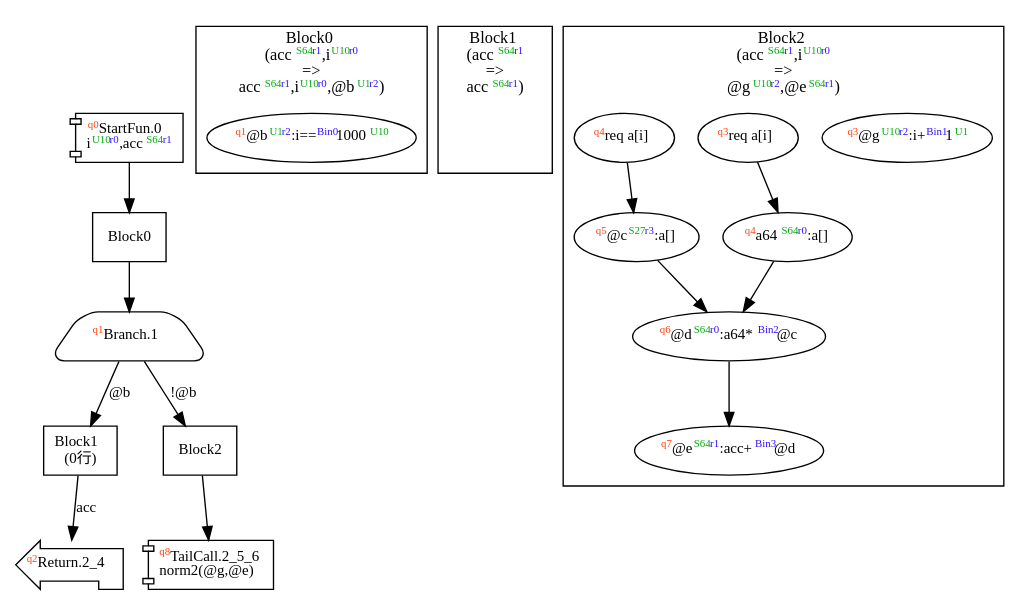
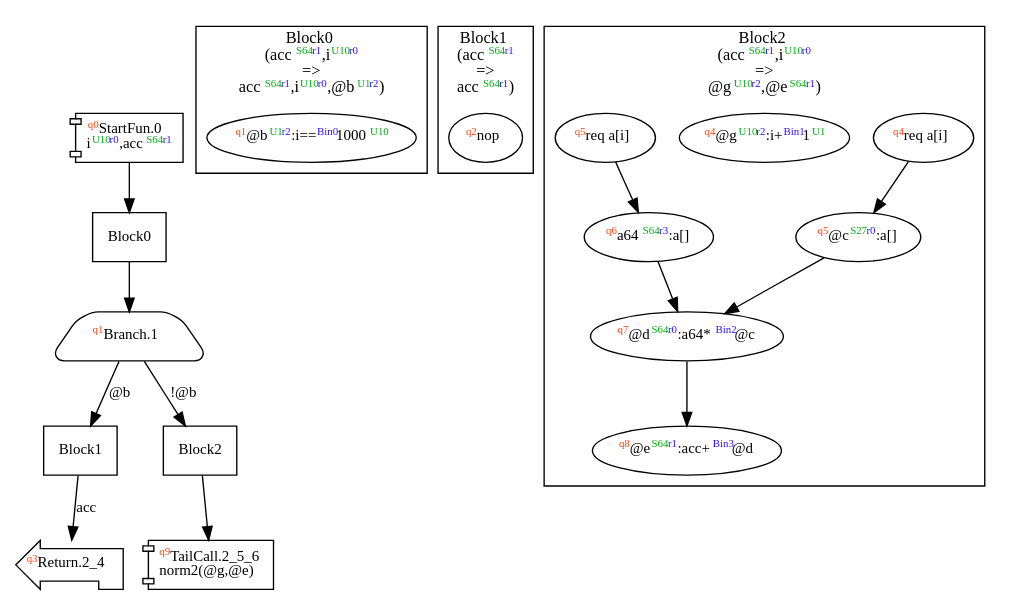
Before and after one commit to akouryy/SyntheScala: the diagram in dist/norm2.dot, drawn with Graphviz. The commit also changed 21 other files, not shown here.

```diff
--- a/dist/norm2.dot
+++ b/dist/norm2.dot
@@ -1,47 +1,47 @@
 digraph Program_ {
   graph [fontname = "Monaco", fontsize = 12, ranksep = 0.5];
   node [shape = box, fontname = "Monaco", fontsize = 11; colorscheme = pastel19];
   edge [fontname = "Monaco", fontsize = 11; colorscheme = pastel19];
   Jump0[label = <<font color="#ff4411" point-size="8"><sup>q0</sup></font>StartFun.0<br/>i<font color="#00aa11" point-size="8"><sup>U10</sup></font><font color="#3311ff" point-size="8"><sup>r0</sup></font>,acc<font color="#00aa11" point-size="8"><sup>S64</sup></font><font color="#3311ff" point-size="8"><sup>r1</sup></font>>; shape = component];
   Jump0 -> Block0;
   Jump1[
     label = <<font color="#ff4411" point-size="8"><sup>q1</sup></font>Branch.1>;
     shape = trapezium; style = rounded;
   ];
   Block0 -> Jump1;
   Jump1 -> Block1 [label=<@b>];
   Jump1 -> Block2 [label=<!@b>];
-  Jump2_4[label = <<font color="#ff4411" point-size="8"><sup>q2</sup></font>Return.2_4>; shape = lpromoter];
+  Jump2_4[label = <<font color="#ff4411" point-size="8"><sup>q3</sup></font>Return.2_4>; shape = lpromoter];
   Block1 -> Jump2_4 [label=<acc>];
-  Jump2_5_6[label = <<font color="#ff4411" point-size="8"><sup>q8</sup></font>TailCall.2_5_6<br/>norm2(@g,@e)>; shape = component];
+  Jump2_5_6[label = <<font color="#ff4411" point-size="8"><sup>q9</sup></font>TailCall.2_5_6<br/>norm2(@g,@e)>; shape = component];
   Block2 -> Jump2_5_6;
   Block0 [label = "Block0"];
-  Block1 [label = "Block1\l(0行)"];
+  Block1 [label = "Block1"];
   Block2 [label = "Block2"];
   subgraph cluster_dfg_Block0 {
     node [shape = oval];
     label = <Block0<br/>(acc<font color="#00aa11" point-size="8"><sup>S64</sup></font><font color="#3311ff" point-size="8"><sup>r1</sup></font>,i<font color="#00aa11" point-size="8"><sup>U10</sup></font><font color="#3311ff" point-size="8"><sup>r0</sup></font><br/>=&gt;<br/>acc<font color="#00aa11" point-size="8"><sup>S64</sup></font><font color="#3311ff" point-size="8"><sup>r1</sup></font>,i<font color="#00aa11" point-size="8"><sup>U10</sup></font><font color="#3311ff" point-size="8"><sup>r0</sup></font>,@b<font color="#00aa11" point-size="8"><sup>U1</sup></font><font color="#3311ff" point-size="8"><sup>r2</sup></font>)>;
     1 [label=<<font color="#ff4411" point-size="8"><sup>q1</sup></font>@b<font color="#00aa11" point-size="8"><sup>U1</sup></font><font color="#3311ff" point-size="8"><sup>r2</sup></font>:i==<font color="#3311ff" point-size="8"><sup>Bin0</sup></font>1000<font color="#00aa11" point-size="8"><sup>U10</sup></font>>];
   }
   subgraph cluster_dfg_Block1 {
     node [shape = oval];
     label = <Block1<br/>(acc<font color="#00aa11" point-size="8"><sup>S64</sup></font><font color="#3311ff" point-size="8"><sup>r1</sup></font><br/>=&gt;<br/>acc<font color="#00aa11" point-size="8"><sup>S64</sup></font><font color="#3311ff" point-size="8"><sup>r1</sup></font>)>;
-    dummy [style=invis];
+    2 [label=<<font color="#ff4411" point-size="8"><sup>q2</sup></font>nop>];
   }
   subgraph cluster_dfg_Block2 {
     node [shape = oval];
     label = <Block2<br/>(acc<font color="#00aa11" point-size="8"><sup>S64</sup></font><font color="#3311ff" point-size="8"><sup>r1</sup></font>,i<font color="#00aa11" point-size="8"><sup>U10</sup></font><font color="#3311ff" point-size="8"><sup>r0</sup></font><br/>=&gt;<br/>@g<font color="#00aa11" point-size="8"><sup>U10</sup></font><font color="#3311ff" point-size="8"><sup>r2</sup></font>,@e<font color="#00aa11" point-size="8"><sup>S64</sup></font><font color="#3311ff" point-size="8"><sup>r1</sup></font>)>;
-    5 [label=<<font color="#ff4411" point-size="8"><sup>q5</sup></font>@c<font color="#00aa11" point-size="8"><sup>S27</sup></font><font color="#3311ff" point-size="8"><sup>r3</sup></font>:a[&#93;>];
-    6 [label=<<font color="#ff4411" point-size="8"><sup>q6</sup></font>@d<font color="#00aa11" point-size="8"><sup>S64</sup></font><font color="#3311ff" point-size="8"><sup>r0</sup></font>:a64*<font color="#3311ff" point-size="8"><sup>Bin2</sup></font>@c>];
-    9 [label=<<font color="#ff4411" point-size="8"><sup>q3</sup></font>@g<font color="#00aa11" point-size="8"><sup>U10</sup></font><font color="#3311ff" point-size="8"><sup>r2</sup></font>:i+<font color="#3311ff" point-size="8"><sup>Bin1</sup></font>1<font color="#00aa11" point-size="8"><sup>U1</sup></font>>];
-    2 [label=<<font color="#ff4411" point-size="8"><sup>q3</sup></font>req a[i&#93;>];
-    7 [label=<<font color="#ff4411" point-size="8"><sup>q7</sup></font>@e<font color="#00aa11" point-size="8"><sup>S64</sup></font><font color="#3311ff" point-size="8"><sup>r1</sup></font>:acc+<font color="#3311ff" point-size="8"><sup>Bin3</sup></font>@d>];
-    3 [label=<<font color="#ff4411" point-size="8"><sup>q4</sup></font>a64<font color="#00aa11" point-size="8"><sup>S64</sup></font><font color="#3311ff" point-size="8"><sup>r0</sup></font>:a[&#93;>];
-    4 [label=<<font color="#ff4411" point-size="8"><sup>q4</sup></font>req a[i&#93;>];
-    3 -> 6;
-    5 -> 6;
+    5 [label=<<font color="#ff4411" point-size="8"><sup>q4</sup></font>req a[i&#93;>];
+    10 [label=<<font color="#ff4411" point-size="8"><sup>q4</sup></font>@g<font color="#00aa11" point-size="8"><sup>U10</sup></font><font color="#3311ff" point-size="8"><sup>r2</sup></font>:i+<font color="#3311ff" point-size="8"><sup>Bin1</sup></font>1<font color="#00aa11" point-size="8"><sup>U1</sup></font>>];
+    6 [label=<<font color="#ff4411" point-size="8"><sup>q5</sup></font>@c<font color="#00aa11" point-size="8"><sup>S27</sup></font><font color="#3311ff" point-size="8"><sup>r0</sup></font>:a[&#93;>];
+    7 [label=<<font color="#ff4411" point-size="8"><sup>q7</sup></font>@d<font color="#00aa11" point-size="8"><sup>S64</sup></font><font color="#3311ff" point-size="8"><sup>r0</sup></font>:a64*<font color="#3311ff" point-size="8"><sup>Bin2</sup></font>@c>];
+    3 [label=<<font color="#ff4411" point-size="8"><sup>q5</sup></font>req a[i&#93;>];
+    8 [label=<<font color="#ff4411" point-size="8"><sup>q8</sup></font>@e<font color="#00aa11" point-size="8"><sup>S64</sup></font><font color="#3311ff" point-size="8"><sup>r1</sup></font>:acc+<font color="#3311ff" point-size="8"><sup>Bin3</sup></font>@d>];
+    4 [label=<<font color="#ff4411" point-size="8"><sup>q6</sup></font>a64<font color="#00aa11" point-size="8"><sup>S64</sup></font><font color="#3311ff" point-size="8"><sup>r3</sup></font>:a[&#93;>];
+    4 -> 7;
     6 -> 7;
-    2 -> 3 [style = solid];
-    4 -> 5 [style = solid];
+    7 -> 8;
+    3 -> 4 [style = solid];
+    5 -> 6 [style = solid];
   }
 }
```
